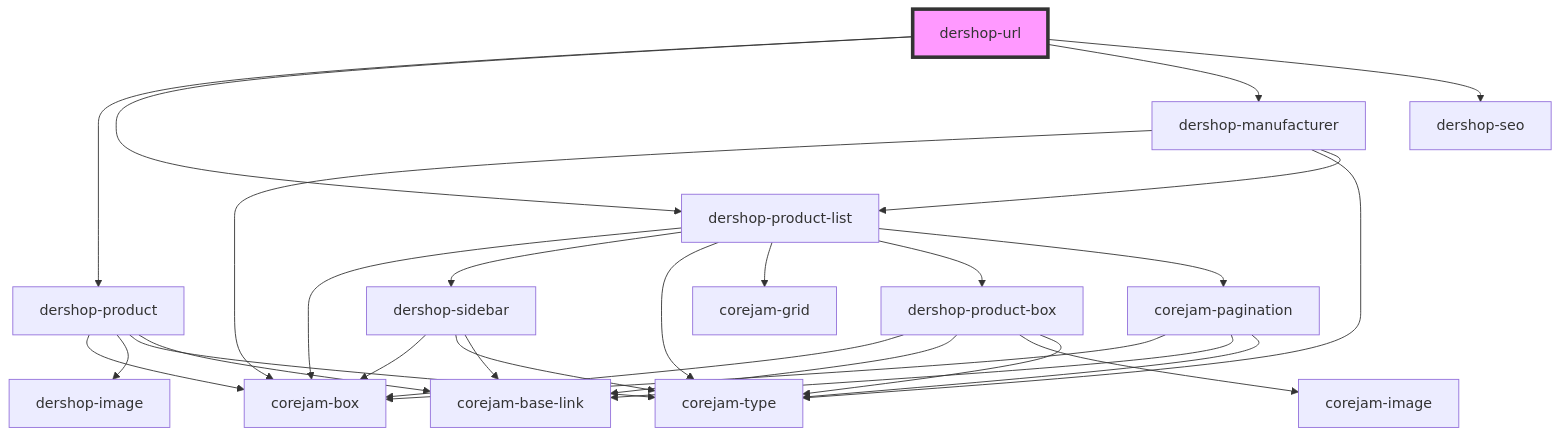
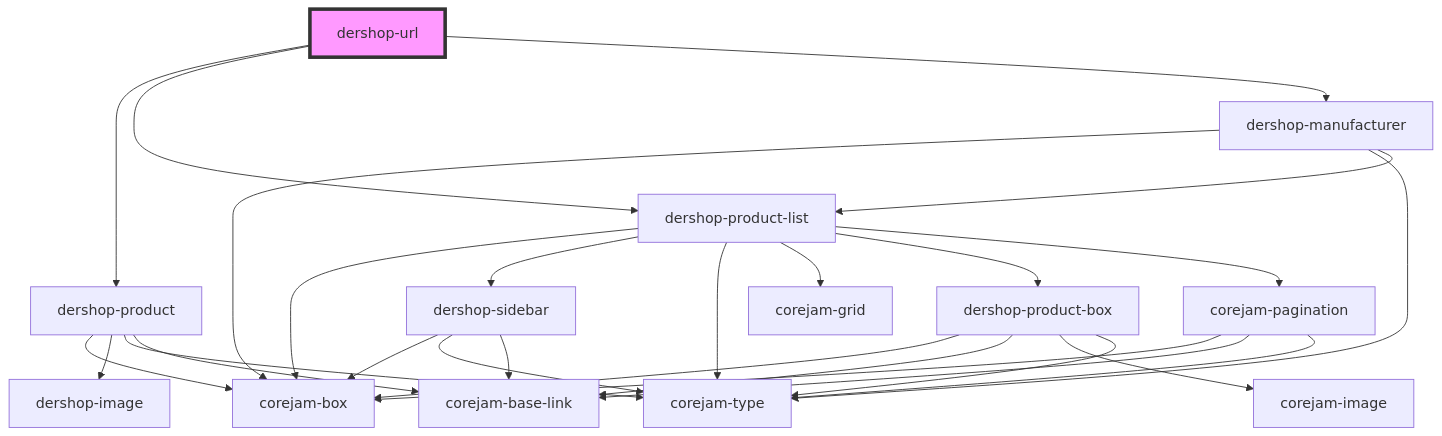
Before and after one commit to corejam/corejam: the diagram in packages/dershop/app/routes/readme.md, drawn with Mermaid. The commit also changed other lines of this file and 43 other files, not shown here.

````diff
--- a/packages/dershop/app/routes/readme.md
+++ b/packages/dershop/app/routes/readme.md
@@ -25,31 +24,30 @@
 ```mermaid
 graph TD;
   dershop-url --> dershop-product
   dershop-url --> dershop-product-list
   dershop-url --> dershop-manufacturer
-  dershop-url --> dershop-seo
   dershop-product --> corejam-box
   dershop-product --> dershop-image
   dershop-product --> corejam-type
   dershop-product --> corejam-base-link
   dershop-product-list --> corejam-box
   dershop-product-list --> dershop-sidebar
   dershop-product-list --> corejam-type
   dershop-product-list --> corejam-grid
   dershop-product-list --> dershop-product-box
   dershop-product-list --> corejam-pagination
   dershop-sidebar --> corejam-box
   dershop-sidebar --> corejam-type
   dershop-sidebar --> corejam-base-link
   dershop-product-box --> corejam-box
   dershop-product-box --> corejam-base-link
   dershop-product-box --> corejam-image
   dershop-product-box --> corejam-type
   corejam-pagination --> corejam-box
   corejam-pagination --> corejam-base-link
   corejam-pagination --> corejam-type
   dershop-manufacturer --> corejam-box
   dershop-manufacturer --> corejam-type
   dershop-manufacturer --> dershop-product-list
   style dershop-url fill:#f9f,stroke:#333,stroke-width:4px
 ```
````
